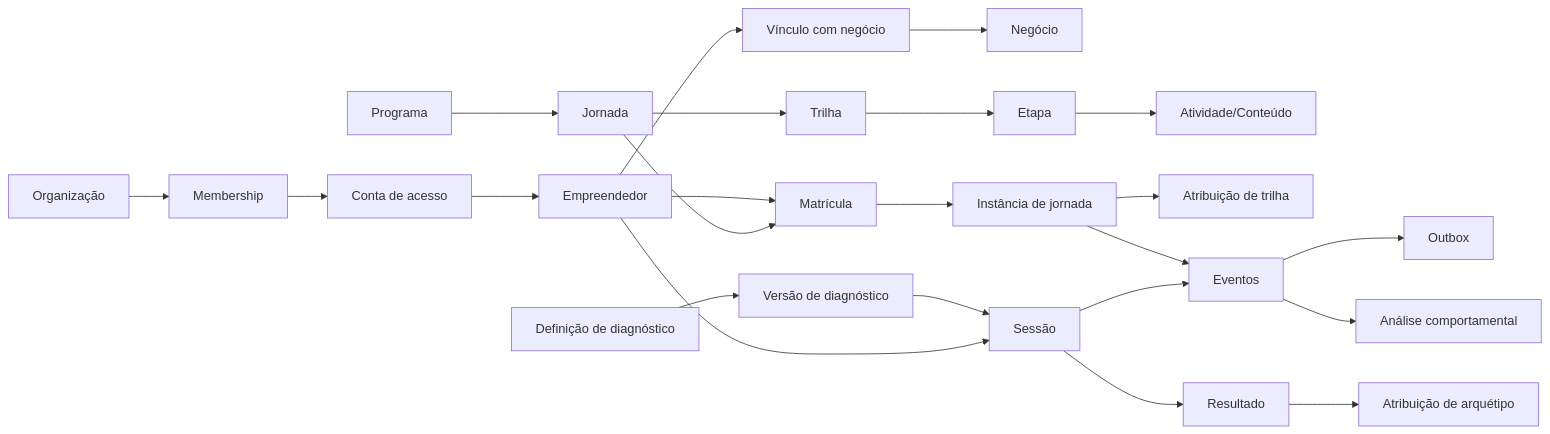
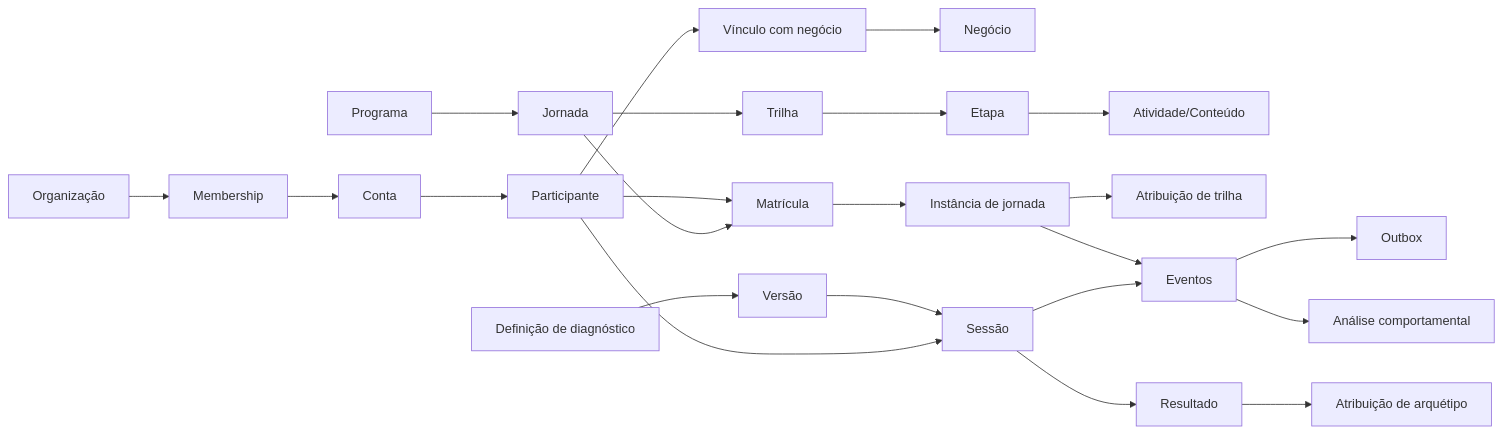
Before and after one commit to pablo-marchina/LMS-estimulo: the diagram in docs/domain/DOMAIN_MODEL.md, drawn with Mermaid. The commit also changed other lines of this file and 45 other files, not shown here.

````diff
--- a/docs/domain/DOMAIN_MODEL.md
+++ b/docs/domain/DOMAIN_MODEL.md
@@ -21,29 +17,29 @@
 ```mermaid
 flowchart LR
-    UA[Conta de acesso] --> EP[Empreendedor]
+    UA[Conta] --> EP[Participante]
     EP --> BM[Vínculo com negócio]
     BM --> B[Negócio]
     O[Organização] --> OM[Membership]
     OM --> UA
 
     P[Programa] --> J[Jornada]
     J --> PT[Trilha]
     PT --> PS[Etapa]
     PS --> A[Atividade/Conteúdo]
 
     EP --> EN[Matrícula]
     J --> EN
     EN --> JI[Instância de jornada]
     JI --> PA[Atribuição de trilha]
 
-    DD[Definição de diagnóstico] --> DV[Versão de diagnóstico]
+    DD[Definição de diagnóstico] --> DV[Versão]
     DV --> DS[Sessão]
     EP --> DS
     DS --> DR[Resultado]
     DR --> AA[Atribuição de arquétipo]
 
     JI --> EV[Eventos]
     DS --> EV
     EV --> OB[Outbox]
     EV --> BI[Análise comportamental]
 ```
````
